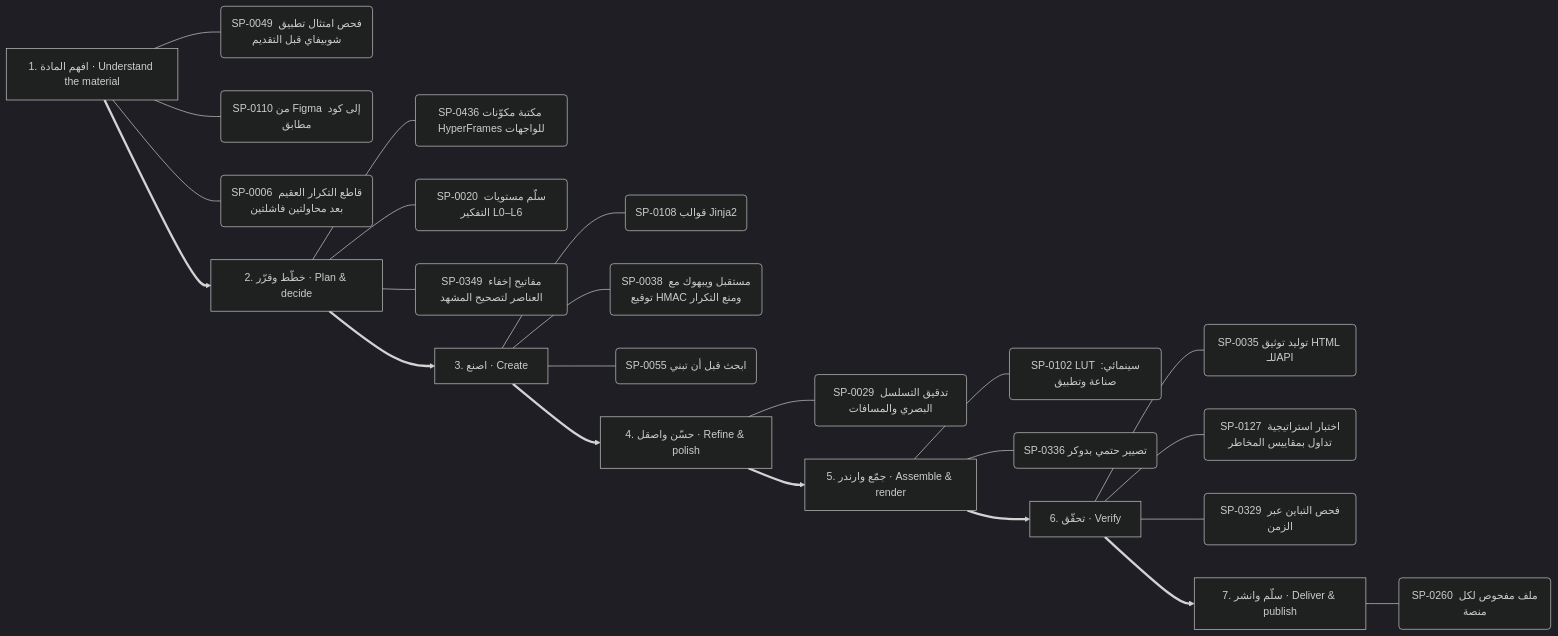
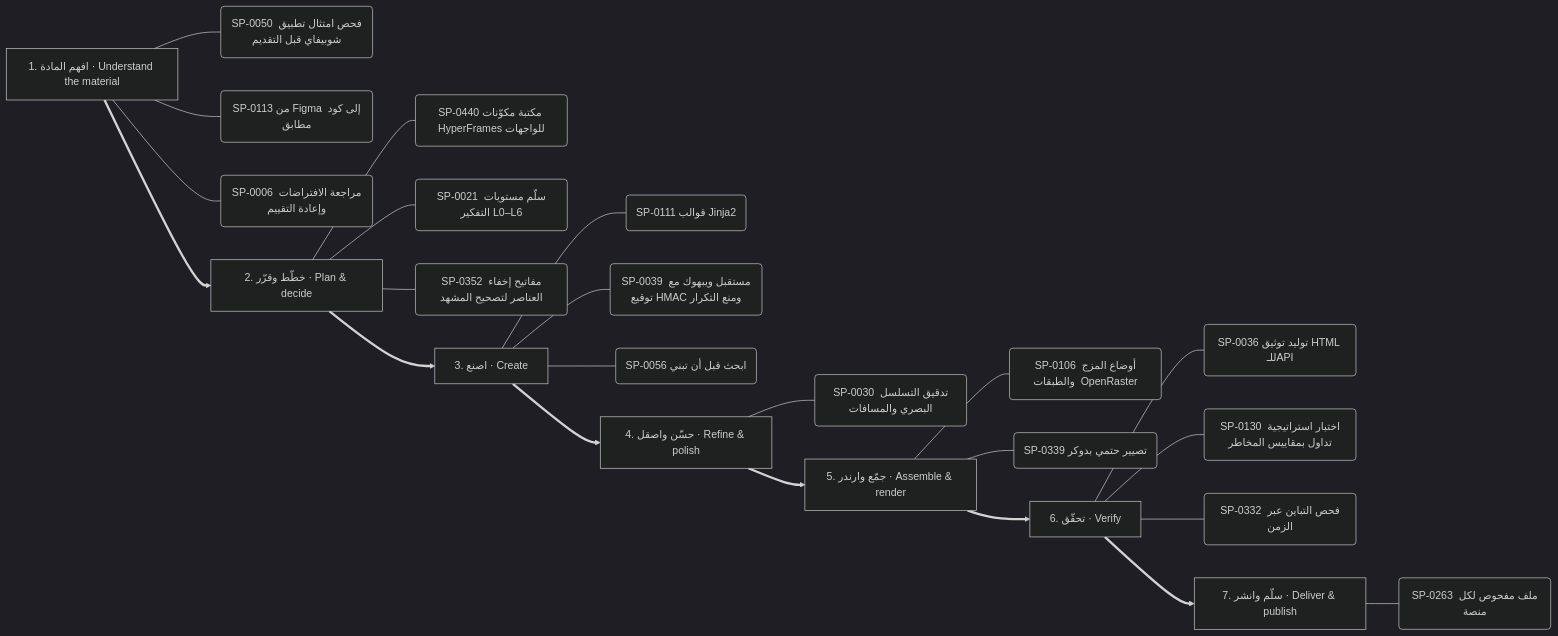
The ninth of 13 diagrams in .claude/skills/kosif-superpowers/references/capability-mindmap.md (kosif199022-jpg/kosif-tool), drawn with Mermaid (dark theme) before and after one commit. The commit also changed other lines of this file and 37 other files, not shown here.

````diff
--- a/.claude/skills/kosif-superpowers/references/capability-mindmap.md
+++ b/.claude/skills/kosif-superpowers/references/capability-mindmap.md
@@ -453,32 +454,32 @@
 ```mermaid
 flowchart LR
   S0["1. افهم المادة · Understand the material"]
-  S0 --- S0_0("SP-0049 فحص امتثال تطبيق شوبيفاي قبل التقديم")
-  S0 --- S0_1("SP-0110 من Figma إلى كود مطابق")
-  S0 --- S0_2("SP-0006 قاطع التكرار العقيم بعد محاولتين فاشلتين")
+  S0 --- S0_0("SP-0050 فحص امتثال تطبيق شوبيفاي قبل التقديم")
+  S0 --- S0_1("SP-0113 من Figma إلى كود مطابق")
+  S0 --- S0_2("SP-0006 مراجعة الافتراضات وإعادة التقييم")
   S1["2. خطّط وقرّر · Plan & decide"]
-  S1 --- S1_0("SP-0436 مكتبة مكوّنات HyperFrames للواجهات")
-  S1 --- S1_1("SP-0020 سلّم مستويات التفكير L0–L6")
-  S1 --- S1_2("SP-0349 مفاتيح إخفاء العناصر لتصحيح المشهد")
+  S1 --- S1_0("SP-0440 مكتبة مكوّنات HyperFrames للواجهات")
+  S1 --- S1_1("SP-0021 سلّم مستويات التفكير L0–L6")
+  S1 --- S1_2("SP-0352 مفاتيح إخفاء العناصر لتصحيح المشهد")
   S0 ==> S1
   S2["3. اصنع · Create"]
-  S2 --- S2_0("SP-0108 قوالب Jinja2")
-  S2 --- S2_1("SP-0038 مستقبل ويبهوك مع توقيع HMAC ومنع التكرار")
-  S2 --- S2_2("SP-0055 ابحث قبل أن تبني")
+  S2 --- S2_0("SP-0111 قوالب Jinja2")
+  S2 --- S2_1("SP-0039 مستقبل ويبهوك مع توقيع HMAC ومنع التكرار")
+  S2 --- S2_2("SP-0056 ابحث قبل أن تبني")
   S1 ==> S2
   S3["4. حسّن واصقل · Refine & polish"]
-  S3 --- S3_0("SP-0029 تدقيق التسلسل البصري والمسافات")
+  S3 --- S3_0("SP-0030 تدقيق التسلسل البصري والمسافات")
   S2 ==> S3
   S4["5. جمّع وارندر · Assemble & render"]
-  S4 --- S4_0("SP-0102 LUT سينمائي: صناعة وتطبيق")
-  S4 --- S4_1("SP-0336 تصيير حتمي بدوكر")
+  S4 --- S4_0("SP-0106 أوضاع المزج والطبقات  OpenRaster ")
+  S4 --- S4_1("SP-0339 تصيير حتمي بدوكر")
   S3 ==> S4
   S5["6. تحقّق · Verify"]
-  S5 --- S5_0("SP-0035 توليد توثيق HTML للـAPI")
-  S5 --- S5_1("SP-0127 اختبار استراتيجية تداول بمقاييس المخاطر")
-  S5 --- S5_2("SP-0329 فحص التباين عبر الزمن")
+  S5 --- S5_0("SP-0036 توليد توثيق HTML للـAPI")
+  S5 --- S5_1("SP-0130 اختبار استراتيجية تداول بمقاييس المخاطر")
+  S5 --- S5_2("SP-0332 فحص التباين عبر الزمن")
   S4 ==> S5
   S6["7. سلّم وانشر · Deliver & publish"]
-  S6 --- S6_0("SP-0260 ملف مفحوص لكل منصة")
+  S6 --- S6_0("SP-0263 ملف مفحوص لكل منصة")
   S5 ==> S6
 ```
````
